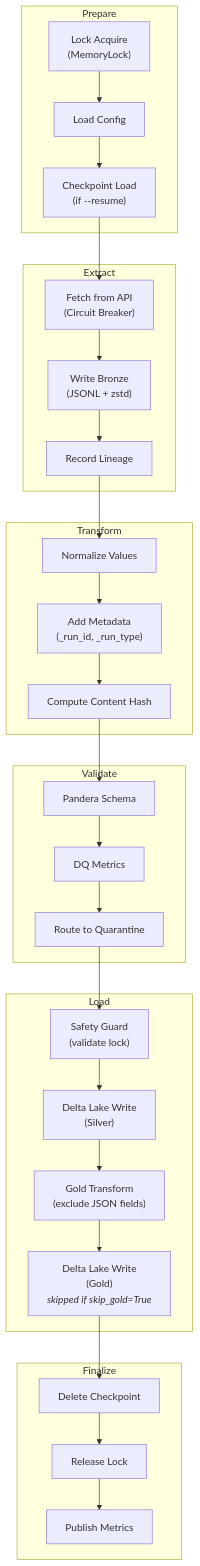
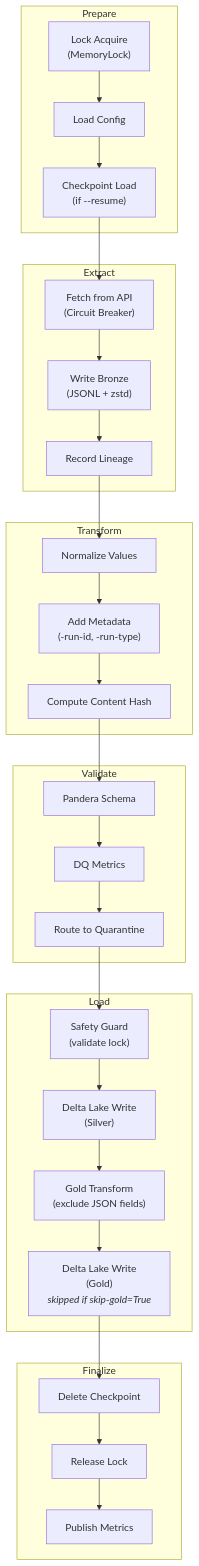
One commit to SatoryKono/BioactivityDataAcquisition changed the second of 3 diagrams in docs/02-architecture/data-flow.md. Above: the diagram before and after it, drawn with Mermaid. The commit also changed other lines of this file and 311 other files, not shown here.

````diff
--- a/docs/02-architecture/data-flow.md
+++ b/docs/02-architecture/data-flow.md
@@ -103,46 +103,46 @@
 ```mermaid
 flowchart TB
   subgraph Prepare
     A1["Lock Acquire<br/>(MemoryLock)"]
     A2["Load Config"]
     A3["Checkpoint Load<br/>(if --resume)"]
   end
 
   subgraph Extract
     B1["Fetch from API<br/>(Circuit Breaker)"]
     B2["Write Bronze<br/>(JSONL + zstd)"]
     B3["Record Lineage"]
   end
 
   subgraph Transform
     C1["Normalize Values"]
-    C2["Add Metadata<br/>(_run_id, _run_type)"]
+    C2["Add Metadata<br/>(-run-id, -run-type)"]
     C3["Compute Content Hash"]
   end
 
   subgraph Validate
     D1["Pandera Schema"]
     D2["DQ Metrics"]
     D3["Route to Quarantine"]
   end
 
   subgraph Load
     E1["Safety Guard<br/>(validate lock)"]
     E2["Delta Lake Write<br/>(Silver)"]
     E3["Gold Transform<br/>(exclude JSON fields)"]
-    E4["Delta Lake Write<br/>(Gold)<br/><i>skipped if skip_gold=True</i>"]
+    E4["Delta Lake Write<br/>(Gold)<br/><i>skipped if skip-gold=True</i>"]
   end
 
   subgraph Finalize
     F1["Delete Checkpoint"]
     F2["Release Lock"]
     F3["Publish Metrics"]
   end
 
   A1 --> A2 --> A3 --> B1
   B1 --> B2 --> B3 --> C1
   C1 --> C2 --> C3 --> D1
   D1 --> D2 --> D3 --> E1
   E1 --> E2 --> E3 --> E4 --> F1
   F1 --> F2 --> F3
 ```
````
